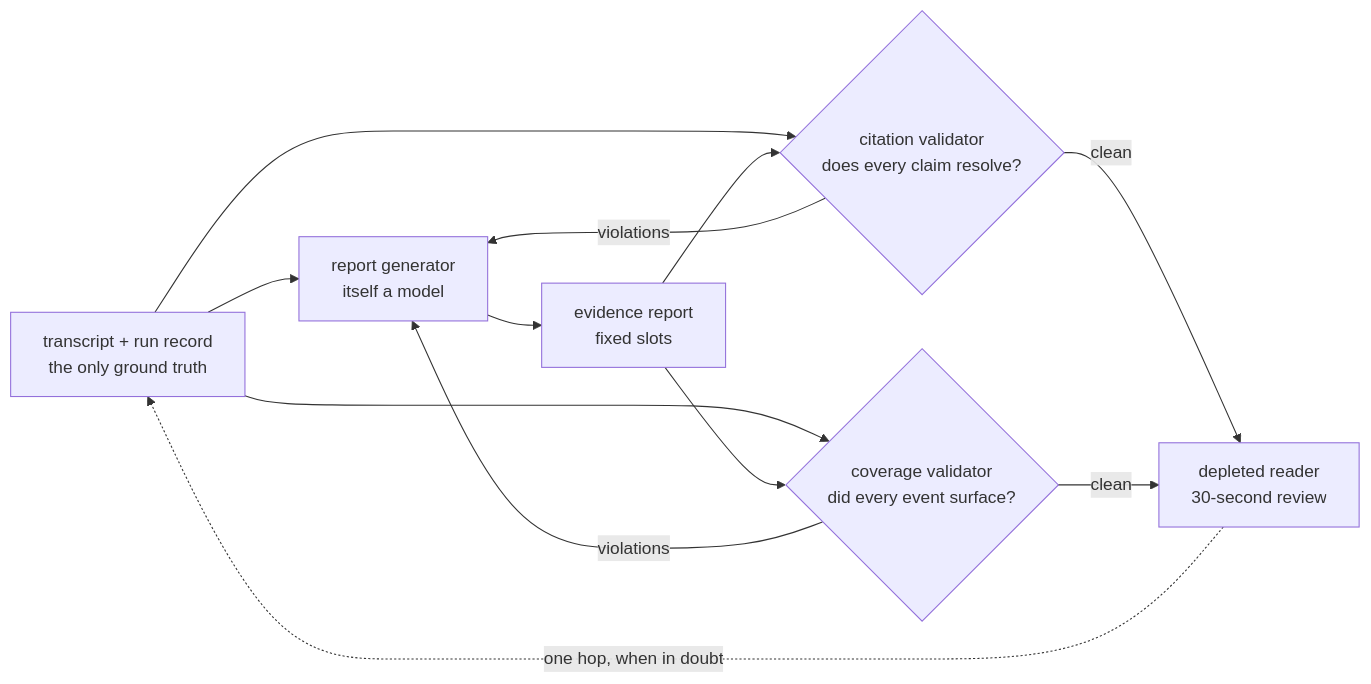
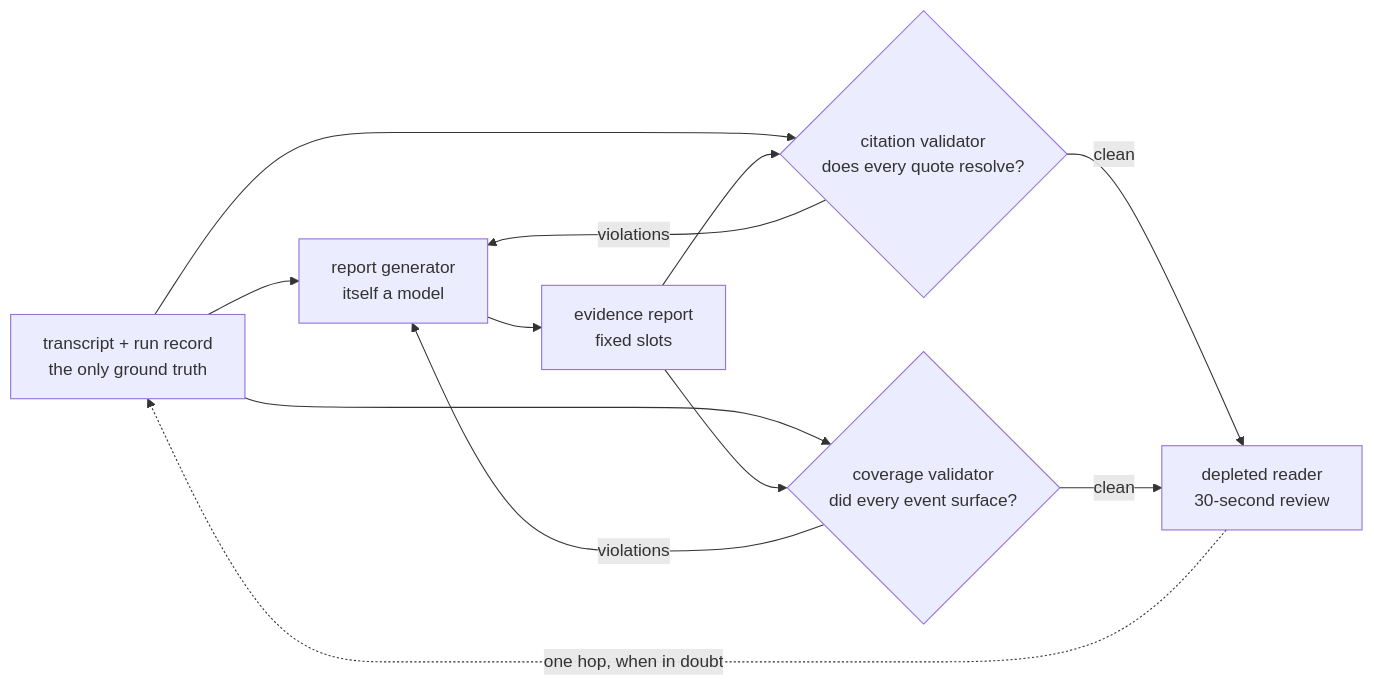
The diagram in lessons/src/S09-evidence-reports.md (macayaven/agent-harness-path), drawn with Mermaid before and after one commit. The commit also changed other lines of this file and 150 other files, not shown here.

````diff
--- a/lessons/src/S09-evidence-reports.md
+++ b/lessons/src/S09-evidence-reports.md
@@ -96,14 +97,14 @@
 ```mermaid
 flowchart LR
     T[transcript + run record<br/>the only ground truth] --> G[report generator<br/>itself a model]
     G --> R[evidence report<br/>fixed slots]
-    T --> C{citation validator<br/>does every claim resolve?}
+    T --> C{citation validator<br/>does every quote resolve?}
     T --> V{coverage validator<br/>did every event surface?}
     R --> C
     R --> V
     C -- violations --> G
     V -- violations --> G
     C -- clean --> D[depleted reader<br/>30-second review]
     V -- clean --> D
     D -. one hop, when in doubt .-> T
 ```
````
